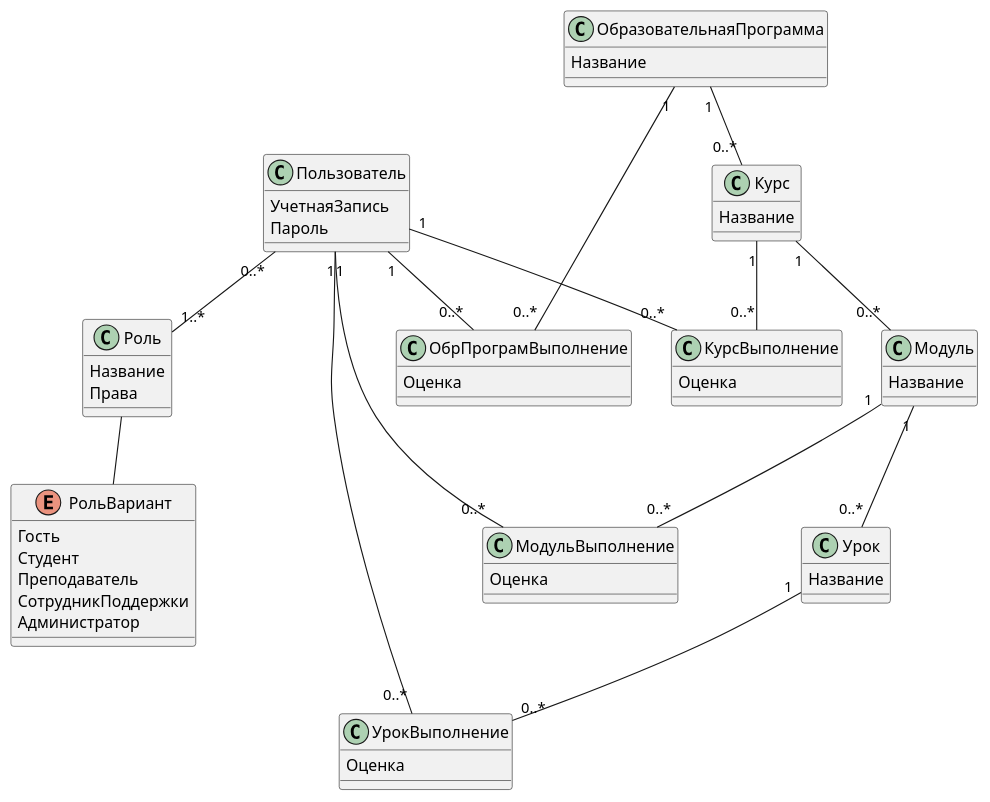
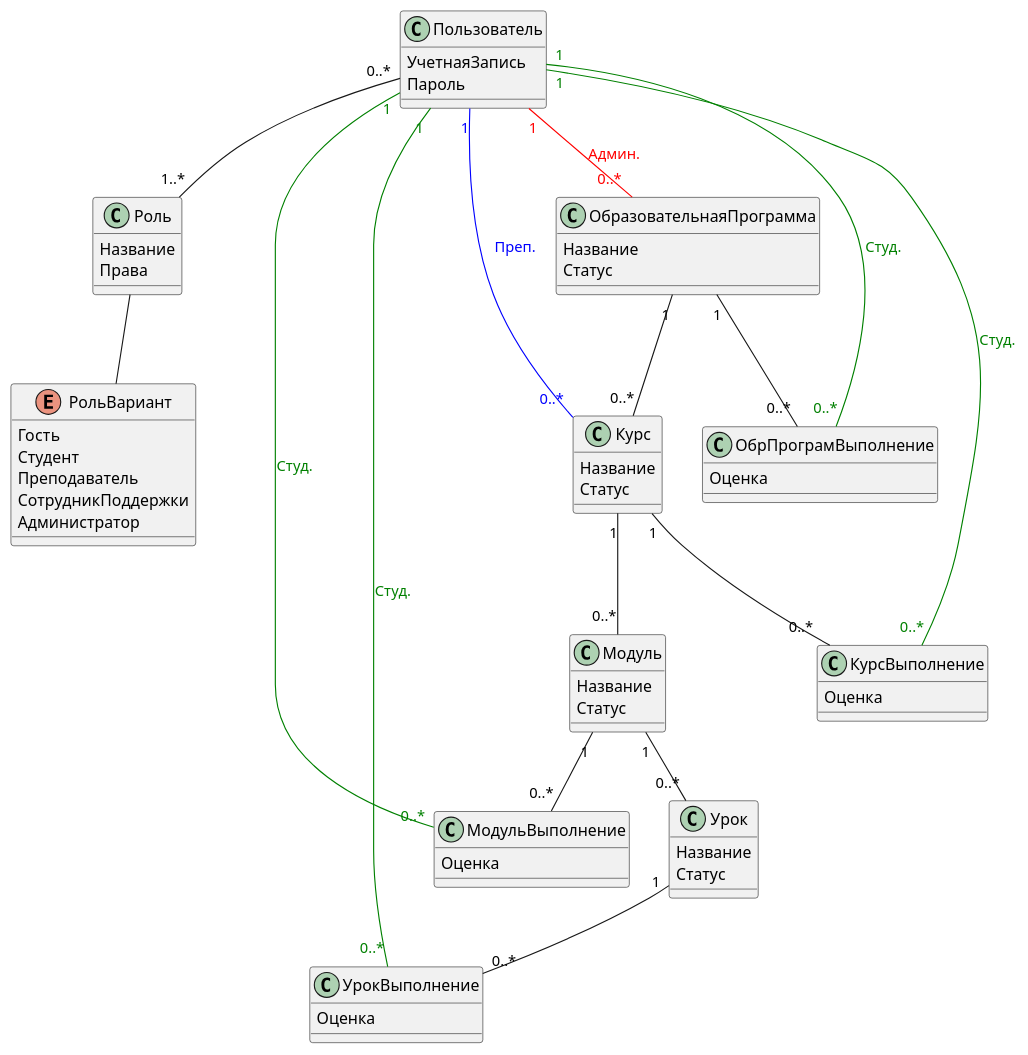
One commit to karpoftea/mts-kata-2023 changed the first of 3 diagrams in docs/domain/model.md. Above: the diagram before and after it, drawn with PlantUML. The commit also changed other lines of this file and 1 other file, not shown here.

Commit message:
Добавил НФТ, дополнил модель предметной области (статус, оценка)

```diff
--- a/docs/domain/model.md
+++ b/docs/domain/model.md
@@ -37,7 +37,7 @@
         Администратор
     }
 
-Пользователь "1" -- "0..*" МодульВыполнение
+Пользователь "1" -- "0..*" МодульВыполнение #line:green;text:green : Студ.
 Модуль "1" -- "0..*" МодульВыполнение
 
 class МодульВыполнение
@@ -45,7 +45,7 @@
         Оценка
     }
 
-Пользователь "1" -- "0..*" КурсВыполнение
+Пользователь "1" -- "0..*" КурсВыполнение #line:green;text:green : Студ.
 Курс "1" -- "0..*" КурсВыполнение
 
 class КурсВыполнение
@@ -53,7 +53,7 @@
         Оценка
     }
 
-Пользователь "1" -- "0..*" УрокВыполнение
+Пользователь "1" -- "0..*" УрокВыполнение #line:green;text:green : Студ.
 Урок "1" -- "0..*" УрокВыполнение
 
 class УрокВыполнение 
@@ -61,13 +61,16 @@
         Оценка
     }
 
-Пользователь "1" -- "0..*" ОбрПрограмВыполнение
+Пользователь "1" -- "0..*" ОбрПрограмВыполнение #line:green;text:green : Студ.
 ОбразовательнаяПрограмма "1" -- "0..*" ОбрПрограмВыполнение
 
 class ОбрПрограмВыполнение 
     {
         Оценка
     }
+
+Пользователь "1" -- "0..*" Курс #line:blue;text:blue : Преп.
+Пользователь "1" -- "0..*" ОбразовательнаяПрограмма #line:red;text:red : Админ.
 
 ОбразовательнаяПрограмма "1" -- "0..*" Курс
 Курс "1" -- "0..*" Модуль
@@ -76,21 +79,25 @@
 class ОбразовательнаяПрограмма 
     {
         Название
+        Статус
     }
 
 class Курс
     {
         Название
+        Статус
     }
 
 class Модуль
     {
         Название
+        Статус
     }
 
 class Урок
     {
         Название
+        Статус
     }
 
 @enduml
```
